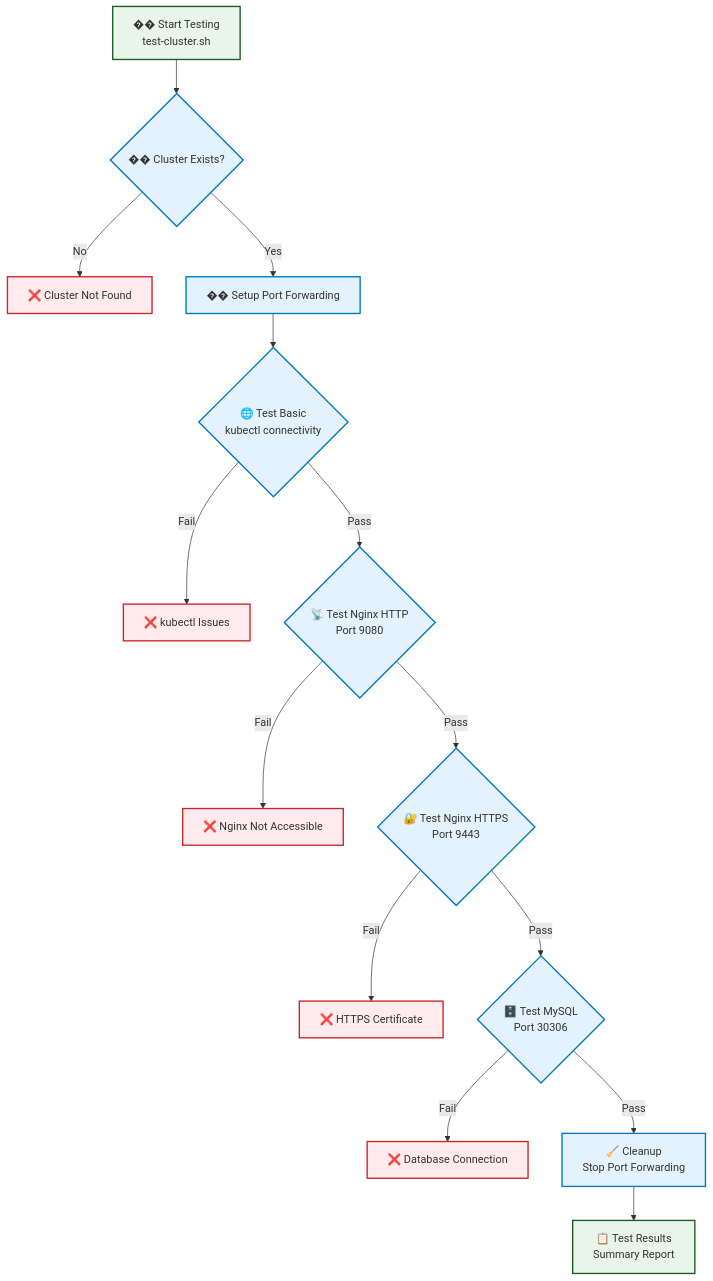
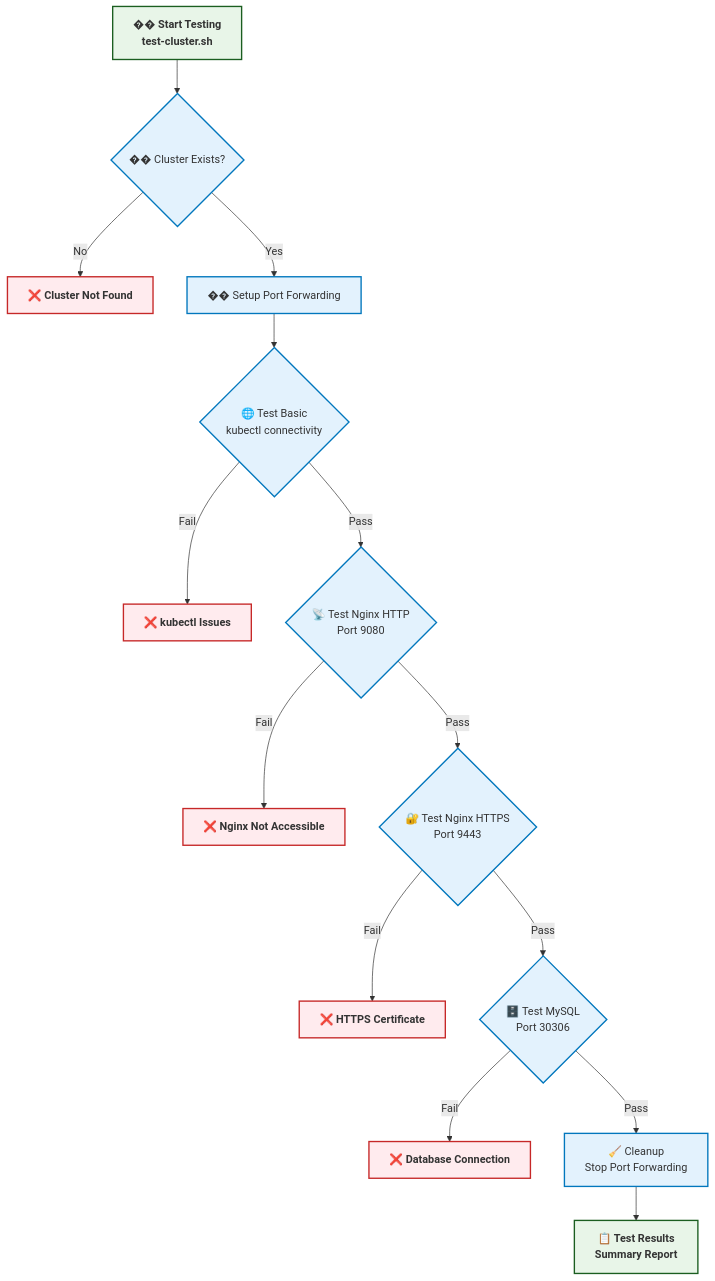
Before and after one commit to msreekanth02/kind-kubernetes-cluster-manager: the fourth of 9 diagrams in ARCHITECTURE.md, drawn with Mermaid. The commit also changed other lines of this file, not shown here.

First line of the commit message:
🎨 Enhance all Mermaid diagrams with improved typography

````diff
--- a/ARCHITECTURE.md
+++ b/ARCHITECTURE.md
@@ -120,30 +120,30 @@
 ```mermaid
 flowchart TD
     START["�� Start Testing<br/>test-cluster.sh"] --> CHECK{"�� Cluster Exists?"}
     
     CHECK -->|No| ERROR1["❌ Cluster Not Found"]
     CHECK -->|Yes| SETUP["�� Setup Port Forwarding"]
     
     SETUP --> TEST1{"🌐 Test Basic<br/>kubectl connectivity"}
     TEST1 -->|Fail| ERROR2["❌ kubectl Issues"]
     TEST1 -->|Pass| TEST2{"📡 Test Nginx HTTP<br/>Port 9080"}
     
     TEST2 -->|Fail| ERROR3["❌ Nginx Not Accessible"]  
     TEST2 -->|Pass| TEST3{"🔐 Test Nginx HTTPS<br/>Port 9443"}
     
     TEST3 -->|Fail| ERROR4["❌ HTTPS Certificate"]
     TEST3 -->|Pass| TEST4{"🗄️ Test MySQL<br/>Port 30306"}
     
     TEST4 -->|Fail| ERROR5["❌ Database Connection"]
     TEST4 -->|Pass| CLEANUP["🧹 Cleanup<br/>Stop Port Forwarding"]
     
     CLEANUP --> RESULTS["📋 Test Results<br/>Summary Report"]
     
-    classDef start fill:#e8f5e8,stroke:#1b5e20,stroke-width:2px
+    classDef start fill:#e8f5e8,stroke:#1b5e20,stroke-width:2px,font-size:16px,font-weight:bold
     classDef test fill:#e3f2fd,stroke:#0277bd,stroke-width:2px  
-    classDef error fill:#ffebee,stroke:#c62828,stroke-width:2px
+    classDef error fill:#ffebee,stroke:#c62828,stroke-width:2px,font-size:16px,font-weight:bold
     
     class START,RESULTS start
     class CHECK,TEST1,TEST2,TEST3,TEST4,SETUP,CLEANUP test
     class ERROR1,ERROR2,ERROR3,ERROR4,ERROR5 error
 ```
````
